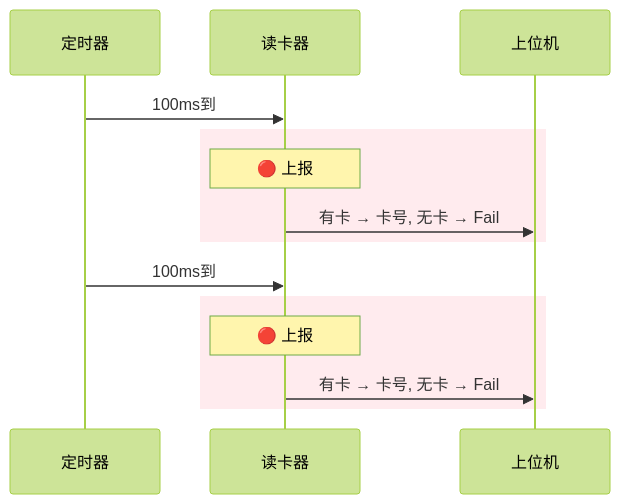
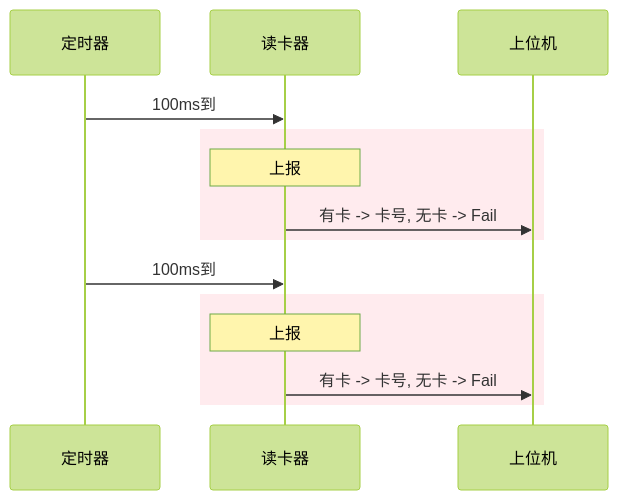
The fourth of 9 diagrams in 工作/[[SR3读卡器]]/260804SR3框架整理.md (Siaiai/ObsidianNote), drawn with Mermaid (forest theme) before and after one commit. The commit also changed other lines of this file, not shown here.

````diff
--- a/工作/[[SR3读卡器]]/260804SR3框架整理.md
+++ b/工作/[[SR3读卡器]]/260804SR3框架整理.md
@@ -222,17 +243,17 @@
 ```mermaid
 sequenceDiagram
     participant 定时器
     participant 读卡器
     participant 上位机
 
     定时器->>读卡器: 100ms到
     rect rgb(255, 235, 238)
-        Note over 读卡器: 🔴 上报
-        读卡器->>上位机: 有卡 → 卡号, 无卡 → Fail
+        Note over 读卡器: 上报
+        读卡器->>上位机: 有卡 -> 卡号, 无卡 -> Fail
     end
     定时器->>读卡器: 100ms到
     rect rgb(255, 235, 238)
-        Note over 读卡器: 🔴 上报
-        读卡器->>上位机: 有卡 → 卡号, 无卡 → Fail
+        Note over 读卡器: 上报
+        读卡器->>上位机: 有卡 -> 卡号, 无卡 -> Fail
     end
 ```
````
